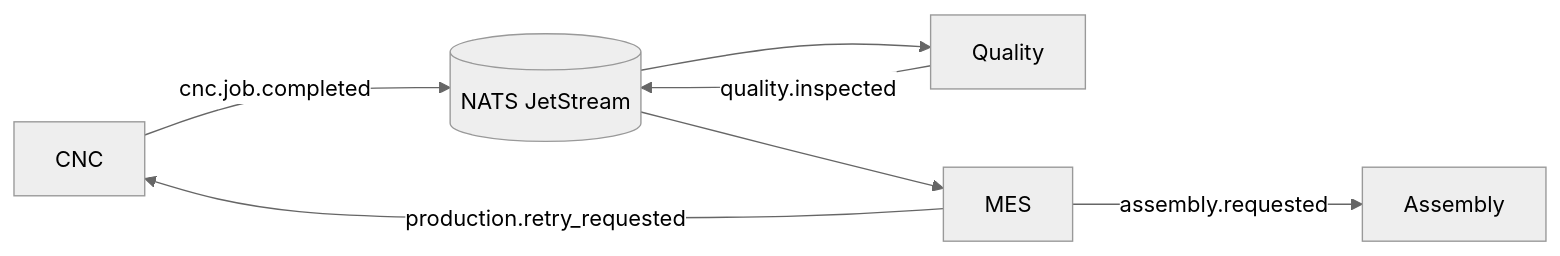
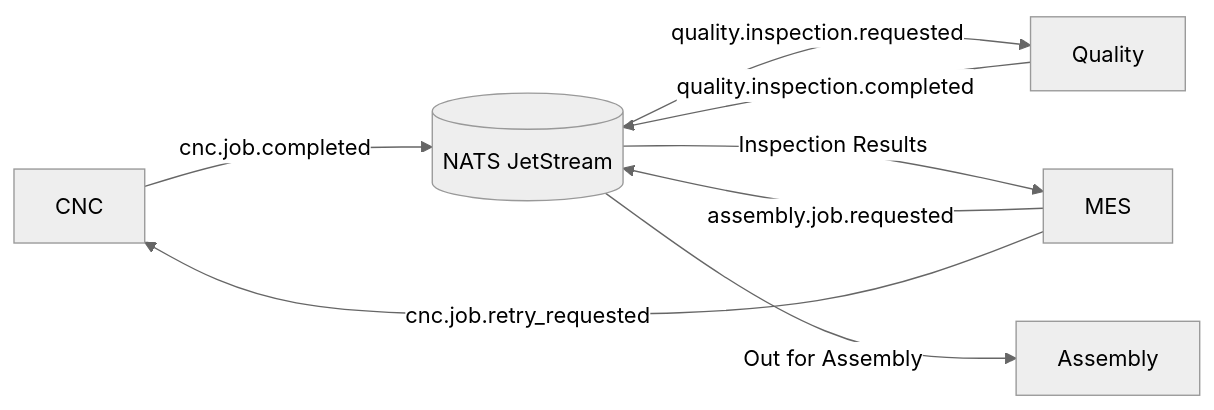
Before and after one commit to coderps/JobyTHC: the diagram in docs/ADRs/ADR-004-quality-results-as-events.md, drawn with Mermaid (neutral theme). The commit also changed other lines of this file and 35 other files, not shown here.

````diff
--- a/docs/ADRs/ADR-004-quality-results-as-events.md
+++ b/docs/ADRs/ADR-004-quality-results-as-events.md
@@ -52,12 +52,14 @@
 ```mermaid
 flowchart LR
 
 CNC -->|cnc.job.completed| NATS[(NATS JetStream)]
-NATS --> Quality
+NATS --> |quality.inspection.requested| Quality
 
-Quality -->|quality.inspected| NATS
-NATS --> MES
+MES -->|assembly.job.requested| NATS
+MES -->|cnc.job.retry_requested| CNC
 
-MES -->|assembly.requested| Assembly
-MES -->|production.retry_requested| CNC
+Quality -->|quality.inspection.completed| NATS
+NATS --> |Inspection Results| MES
+
+NATS -->|Out for Assembly| Assembly
 ```
````
